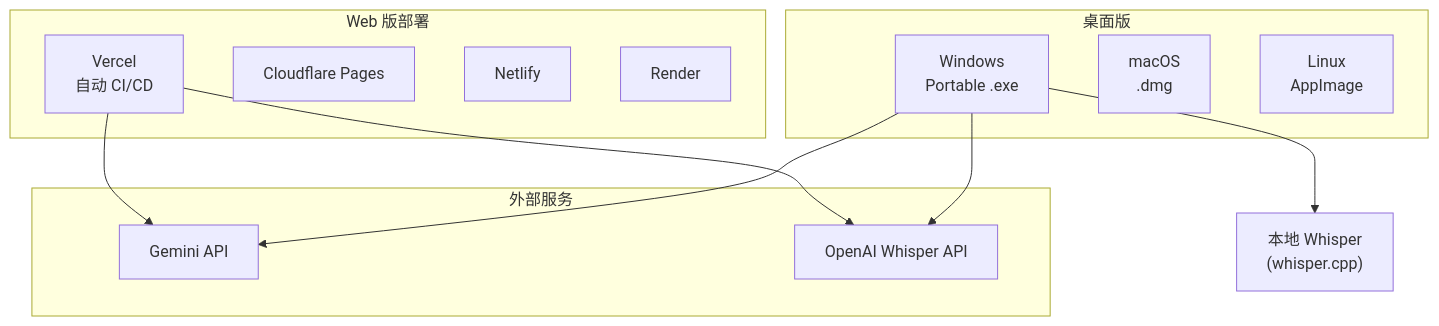
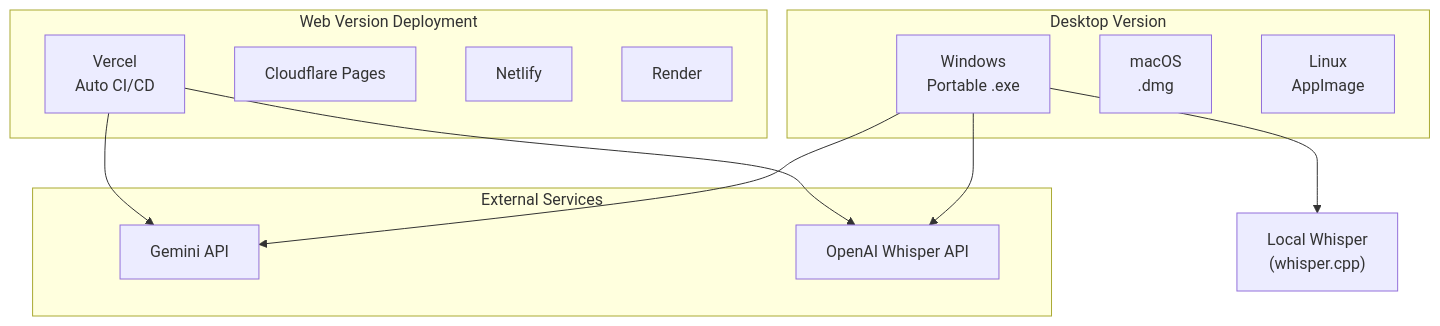
Before and after one commit to corvo007/MioSub: diagram 14 of 14 in docs/ARCHITECTURE.md, drawn with Mermaid. The commit also changed other lines of this file and 3 other files, not shown here.

First line of the commit message:
docs: add bilingual README and ARCHITECTURE documentation

````diff
--- a/docs/ARCHITECTURE.md
+++ b/docs/ARCHITECTURE.md
@@ -1075,26 +1078,26 @@
 ```mermaid
 graph TB
-    subgraph "Web 版部署"
-        VERCEL["Vercel<br/>自动 CI/CD"]
+    subgraph "Web Version Deployment"
+        VERCEL["Vercel<br/>Auto CI/CD"]
         CLOUDFLARE["Cloudflare Pages"]
         NETLIFY["Netlify"]
         RENDER["Render"]
     end
 
-    subgraph "桌面版"
+    subgraph "Desktop Version"
         WIN["Windows<br/>Portable .exe"]
         MAC["macOS<br/>.dmg"]
         LINUX["Linux<br/>AppImage"]
     end
 
-    subgraph "外部服务"
+    subgraph "External Services"
         GEMINI_API["Gemini API"]
         OPENAI_API["OpenAI Whisper API"]
     end
 
     VERCEL --> GEMINI_API
     VERCEL --> OPENAI_API
     WIN --> GEMINI_API
     WIN --> OPENAI_API
-    WIN --> LOCAL["本地 Whisper<br/>(whisper.cpp)"]
+    WIN --> LOCAL["Local Whisper<br/>(whisper.cpp)"]
 ```
````
